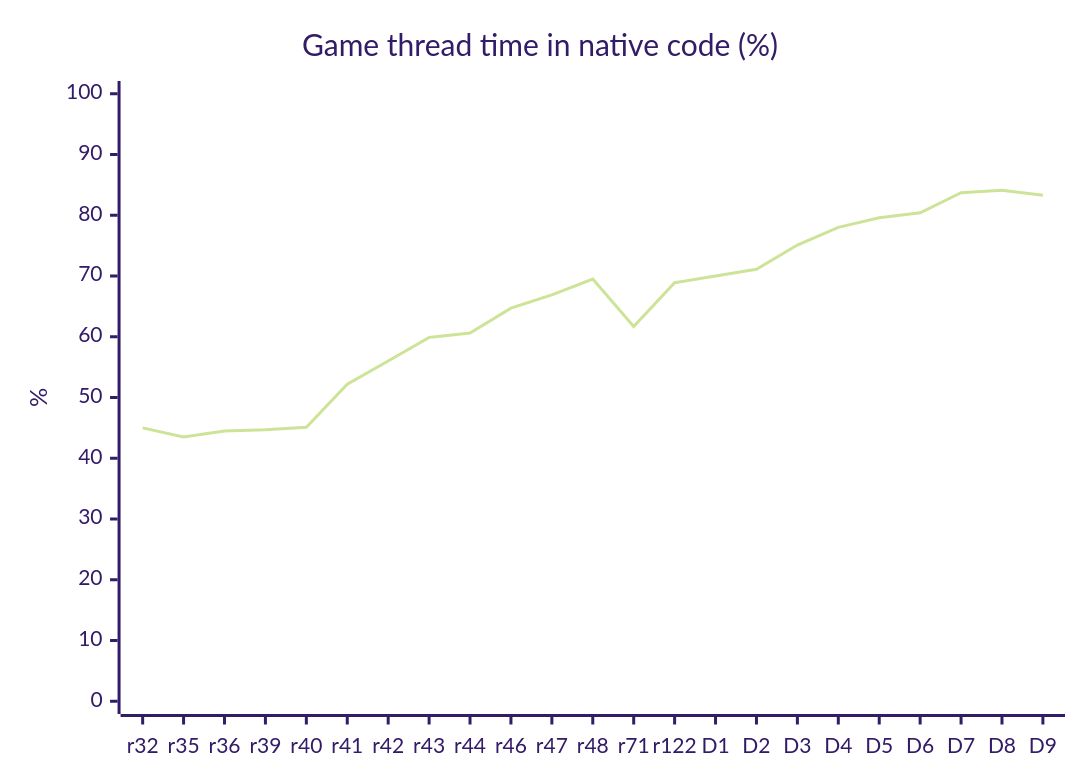
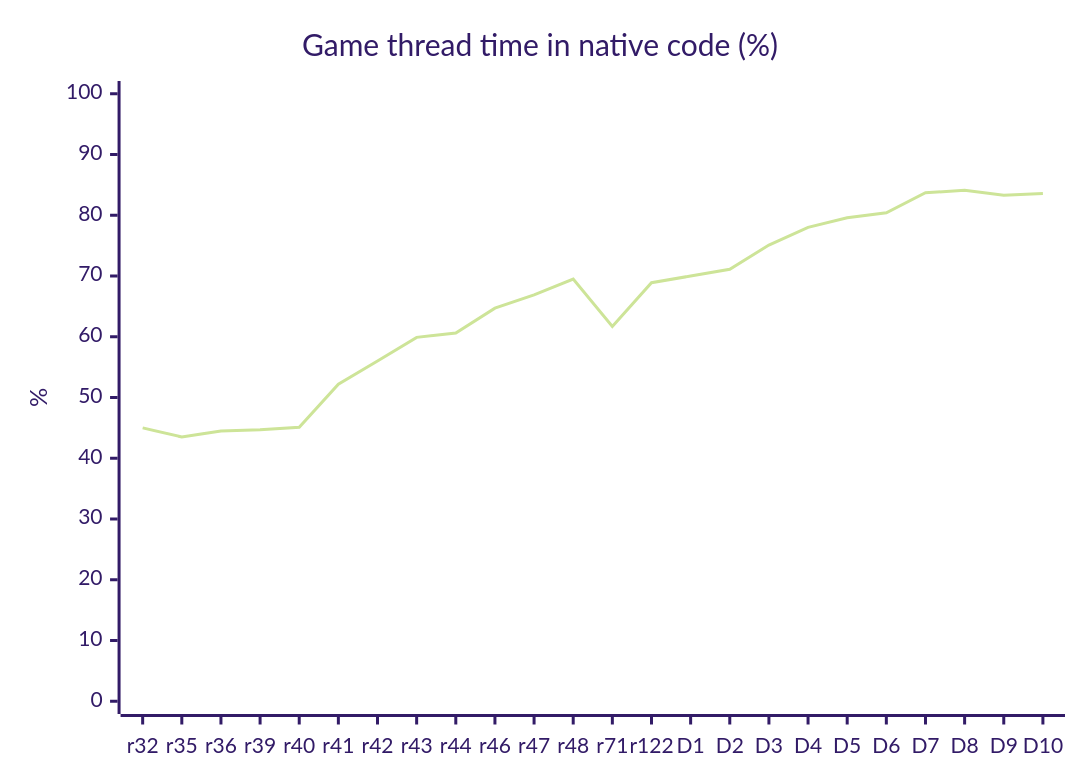
One commit to HenryKun55/celosia changed the diagram in README.md. Above: the diagram before and after it, drawn with Mermaid (forest theme). The commit also changed other lines of this file and 15 other files, not shown here.

````diff
--- a/README.md
+++ b/README.md
@@ -276,7 +277,7 @@
 ```mermaid
 xychart-beta
     title "Game thread time in native code (%)"
-    x-axis ["r32", "r35", "r36", "r39", "r40", "r41", "r42", "r43", "r44", "r46", "r47", "r48", "r71", "r122", "D1", "D2", "D3", "D4", "D5", "D6", "D7", "D8", "D9"]
+    x-axis ["r32", "r35", "r36", "r39", "r40", "r41", "r42", "r43", "r44", "r46", "r47", "r48", "r71", "r122", "D1", "D2", "D3", "D4", "D5", "D6", "D7", "D8", "D9", "D10"]
     y-axis "%" 0 --> 100
-    line [45.0, 43.5, 44.5, 44.7, 45.1, 52.2, 56.0, 59.9, 60.6, 64.7, 66.9, 69.5, 61.7, 68.9, 70.0, 71.1, 75.1, 78.0, 79.6, 80.4, 83.7, 84.1, 83.3]
+    line [45.0, 43.5, 44.5, 44.7, 45.1, 52.2, 56.0, 59.9, 60.6, 64.7, 66.9, 69.5, 61.7, 68.9, 70.0, 71.1, 75.1, 78.0, 79.6, 80.4, 83.7, 84.1, 83.3, 83.6]
 ```
````
